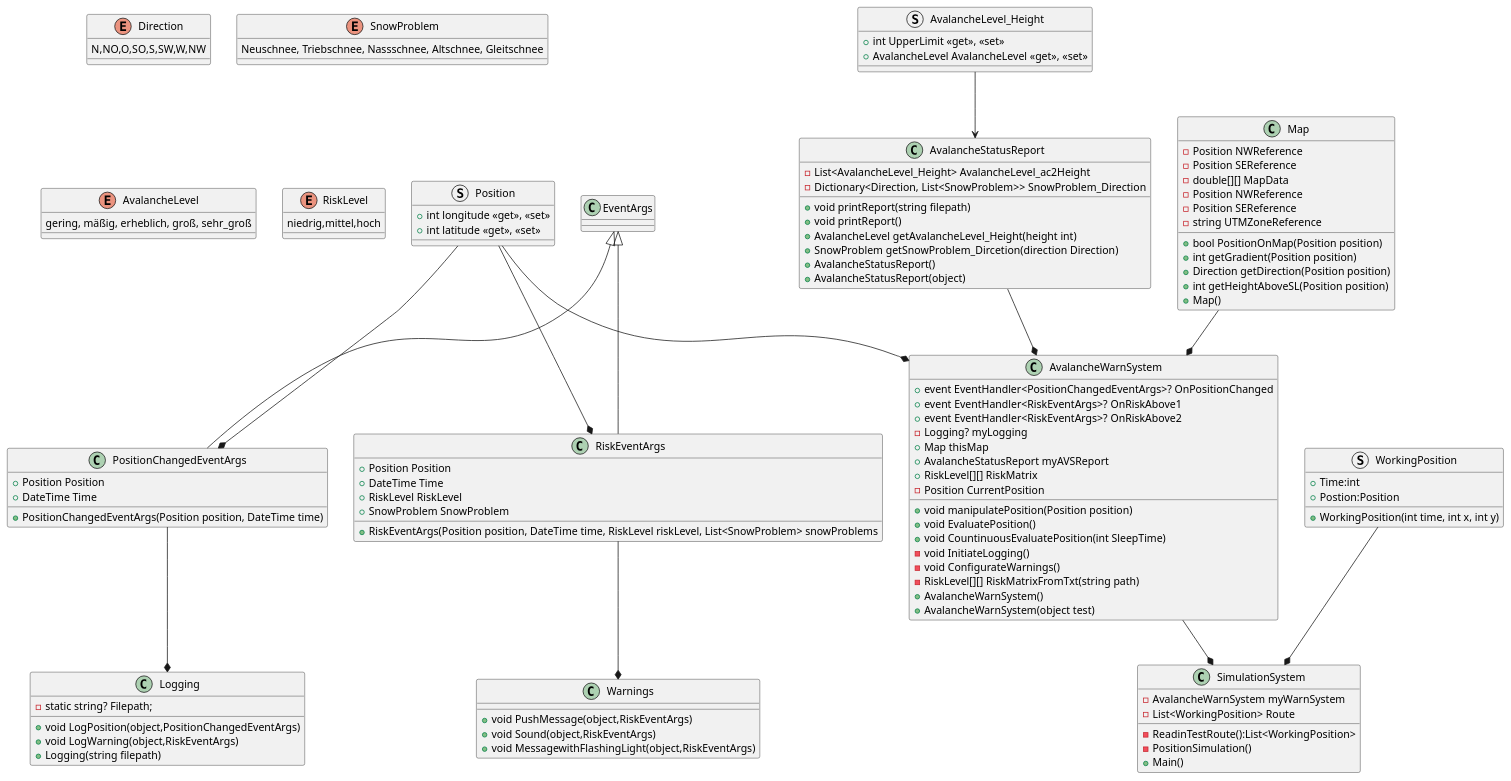
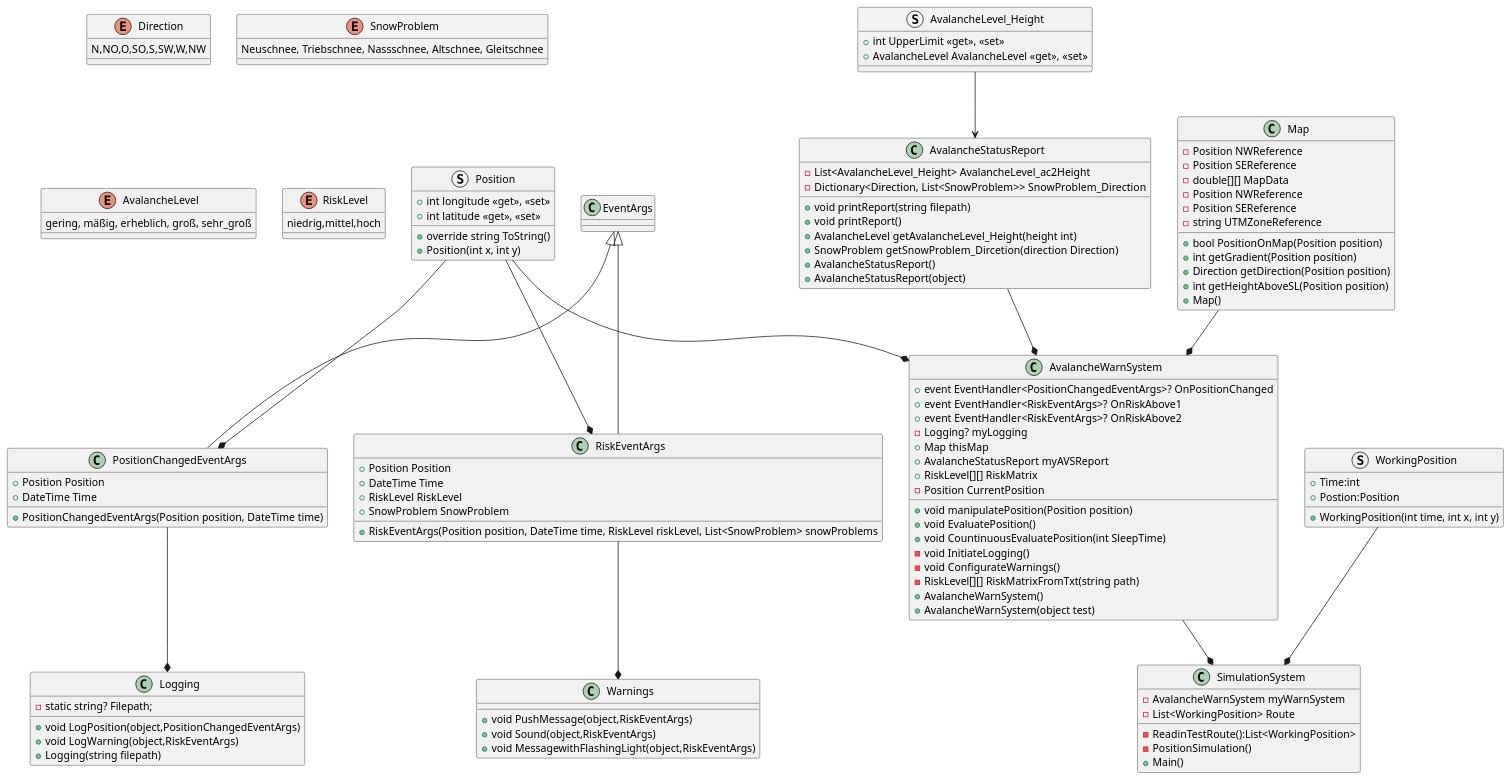
One commit to ganz-anders/poorgrammar changed the diagram in ClassDiagram.puml. Above: the diagram before and after it, drawn with PlantUML. The commit also changed 1 other file, not shown here.

Commit message:
commenting Position, updating ClassDiagram

```diff
--- a/ClassDiagram.puml
+++ b/ClassDiagram.puml
@@ -1,140 +1,142 @@
 @startuml ClassDiagram
 enum Direction
 {
     N,NO,O,SO,S,SW,W,NW
 }
 
 enum SnowProblem
 {
     Neuschnee, Triebschnee, Nassschnee, Altschnee, Gleitschnee
 }
 
 enum AvalancheLevel
 {
     gering, mäßig, erheblich, groß, sehr_groß
 }
 
 enum RiskLevel
 {
     niedrig,mittel,hoch
 }
 
 struct Position
 {
     + int longitude <<get>>, <<set>>
     + int latitude <<get>>, <<set>>
+    + override string ToString()
+    + Position(int x, int y)
 }
 
 struct AvalancheLevel_Height
 {
     + int UpperLimit <<get>>, <<set>>
     + AvalancheLevel AvalancheLevel <<get>>, <<set>>
 }
 
 class AvalancheStatusReport
 {
     - List<AvalancheLevel_Height> AvalancheLevel_ac2Height
     - Dictionary<Direction, List<SnowProblem>> SnowProblem_Direction
     + void printReport(string filepath)
     + void printReport()
     + AvalancheLevel getAvalancheLevel_Height(height int)
     + SnowProblem getSnowProblem_Dircetion(direction Direction)
     + AvalancheStatusReport()
     + AvalancheStatusReport(object)
 }
 
 class Map
 {
     - Position NWReference
     - Position SEReference
     - double[][] MapData
     - Position NWReference
     - Position SEReference
     - string UTMZoneReference
     + bool PositionOnMap(Position position)
     + int getGradient(Position position)
     + Direction getDirection(Position position)
     + int getHeightAboveSL(Position position)
     + Map()
 }
 
 class Warnings
 {
     + void PushMessage(object,RiskEventArgs)
     + void Sound(object,RiskEventArgs)
     + void MessagewithFlashingLight(object,RiskEventArgs)
 }
 
 class Logging
 {
     - static string? Filepath;
     + void LogPosition(object,PositionChangedEventArgs)
     + void LogWarning(object,RiskEventArgs)
     + Logging(string filepath)
 }
 
 class PositionChangedEventArgs
 {
     + Position Position
     + DateTime Time
     + PositionChangedEventArgs(Position position, DateTime time)
 }
 
 class RiskEventArgs
 {
     + Position Position
     + DateTime Time
     + RiskLevel RiskLevel
     + SnowProblem SnowProblem
     + RiskEventArgs(Position position, DateTime time, RiskLevel riskLevel, List<SnowProblem> snowProblems
 }
 
 class AvalancheWarnSystem
 {
     + event EventHandler<PositionChangedEventArgs>? OnPositionChanged
     + event EventHandler<RiskEventArgs>? OnRiskAbove1
     + event EventHandler<RiskEventArgs>? OnRiskAbove2
     - Logging? myLogging
     + Map thisMap
     + AvalancheStatusReport myAVSReport
     + RiskLevel[][] RiskMatrix
     - Position CurrentPosition 
     + void manipulatePosition(Position position)
     + void EvaluatePosition()
     + void CountinuousEvaluatePosition(int SleepTime)
     - void InitiateLogging()
     - void ConfigurateWarnings()
     - RiskLevel[][] RiskMatrixFromTxt(string path)
     + AvalancheWarnSystem()
     + AvalancheWarnSystem(object test)
 }
 
 struct WorkingPosition
 {
     + Time:int
     + Postion:Position
     + WorkingPosition(int time, int x, int y)    
 }
 class SimulationSystem
 {
     - AvalancheWarnSystem myWarnSystem
     - List<WorkingPosition> Route
     - ReadinTestRoute():List<WorkingPosition>
     - PositionSimulation()
     + Main()
 }
 
 RiskEventArgs --* Warnings
 PositionChangedEventArgs --* Logging
 EventArgs <|-- RiskEventArgs
 EventArgs <|-- PositionChangedEventArgs
 AvalancheLevel_Height --> AvalancheStatusReport
 Position --* RiskEventArgs
 Position --* PositionChangedEventArgs
 Position --* AvalancheWarnSystem
 AvalancheStatusReport --* AvalancheWarnSystem
 Map --* AvalancheWarnSystem
 AvalancheWarnSystem --* SimulationSystem
 WorkingPosition --* SimulationSystem
 
 @enduml
```
